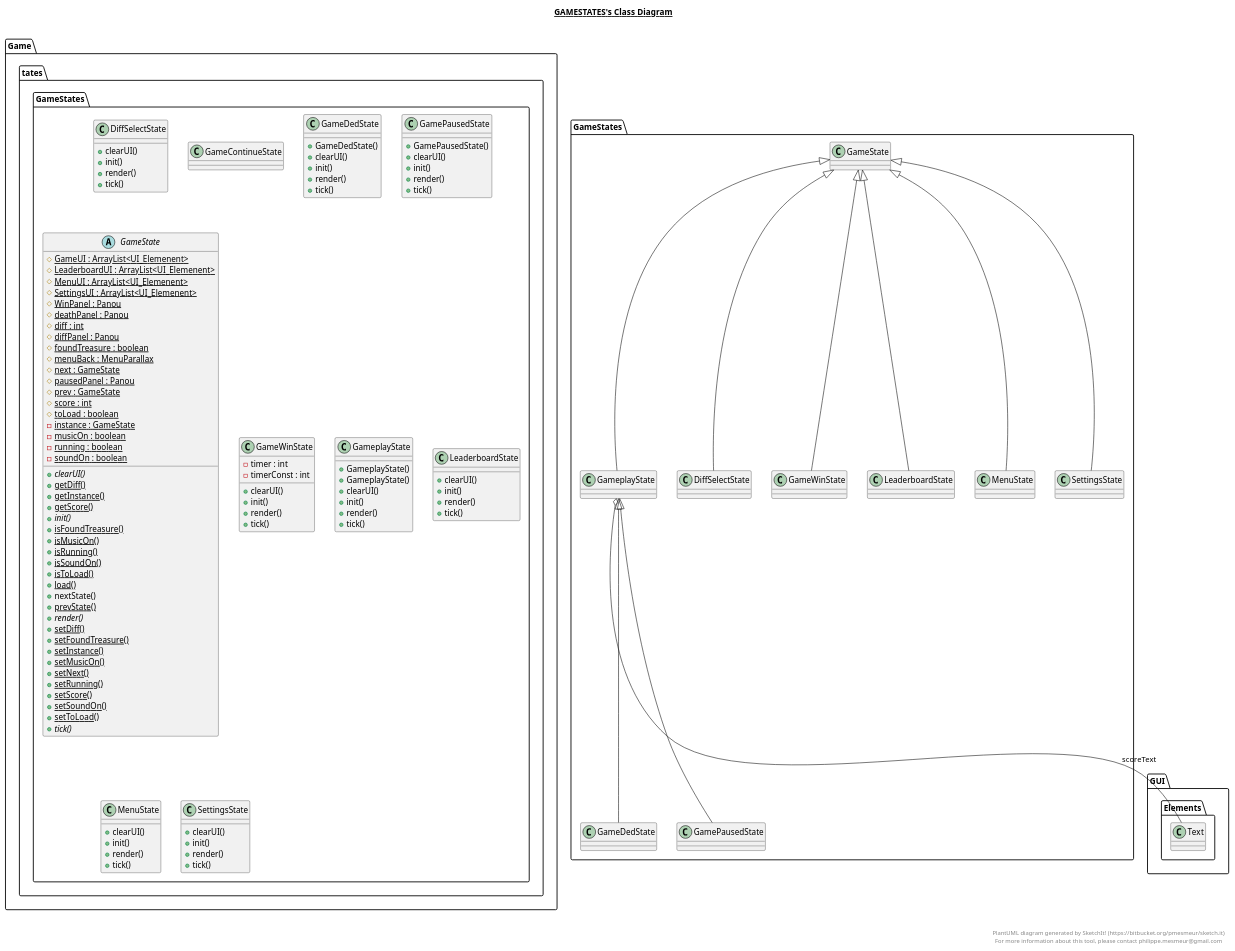
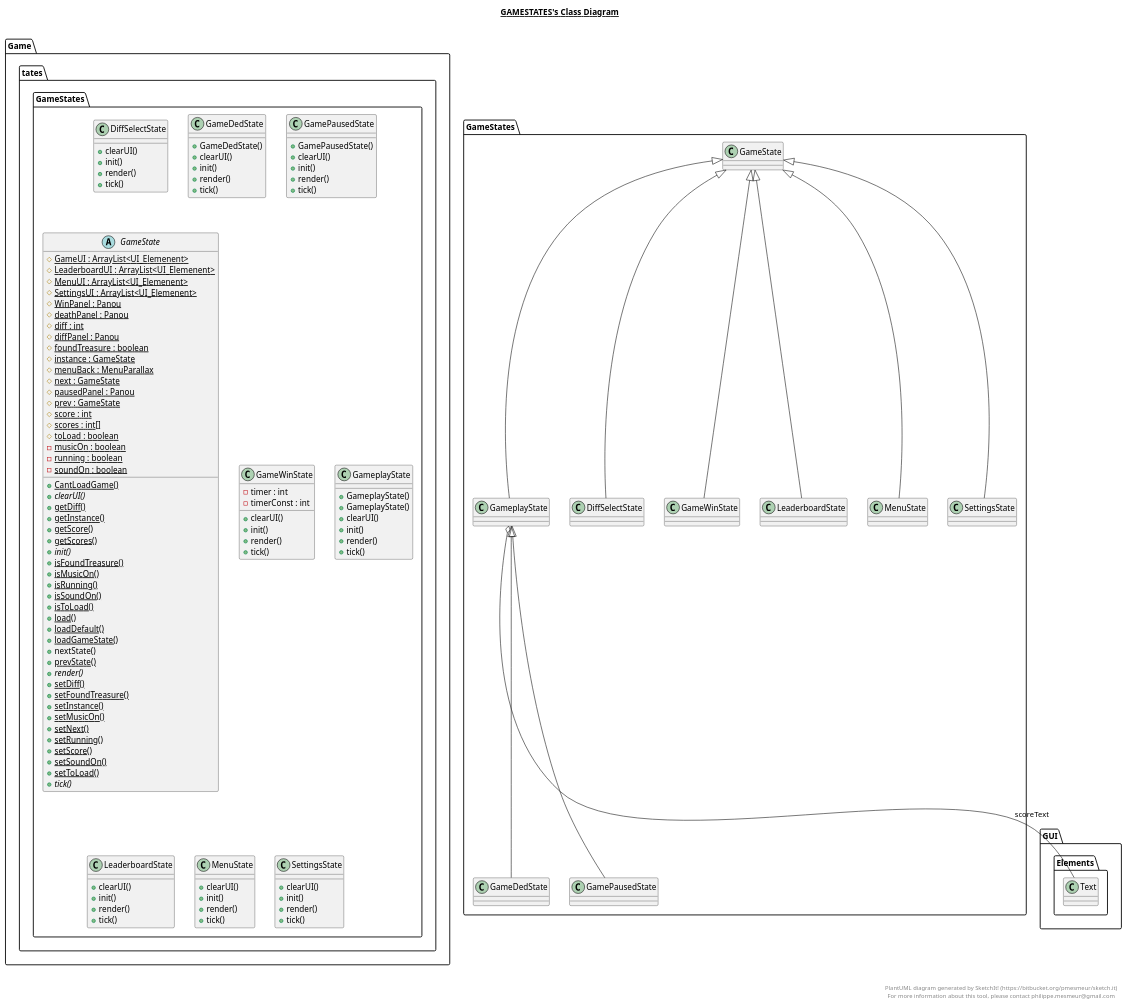
The diagram in src/GameStates/GameStates.plantuml (IulianMurariu-Tanasache/ProiectPAOO_FirstDungeon), drawn with PlantUML before and after one commit. The commit also changed 111 other files, not shown here.

```diff
--- a/src/GameStates/GameStates.plantuml
+++ b/src/GameStates/GameStates.plantuml
@@ -1,184 +1,181 @@
 @startuml
 
 title __GAMESTATES's Class Diagram__\n
 
   namespace Game {
     namespace tates {
       class GameStates.DiffSelectState {
           + clearUI()
           + init()
           + render()
           + tick()
-      }
-    }
-  }
-  
-
-  namespace Game {
-    namespace tates {
-      class GameStates.GameContinueState {
       }
     }
   }
   
 
   namespace Game {
     namespace tates {
       class GameStates.GameDedState {
           + GameDedState()
           + clearUI()
           + init()
           + render()
           + tick()
       }
     }
   }
   
 
   namespace Game {
     namespace tates {
       class GameStates.GamePausedState {
           + GamePausedState()
           + clearUI()
           + init()
           + render()
           + tick()
       }
     }
   }
   
 
   namespace Game {
     namespace tates {
       abstract class GameStates.GameState {
           {static} # GameUI : ArrayList<UI_Elemenent>
           {static} # LeaderboardUI : ArrayList<UI_Elemenent>
           {static} # MenuUI : ArrayList<UI_Elemenent>
           {static} # SettingsUI : ArrayList<UI_Elemenent>
           {static} # WinPanel : Panou
           {static} # deathPanel : Panou
           {static} # diff : int
           {static} # diffPanel : Panou
           {static} # foundTreasure : boolean
+          {static} # instance : GameState
           {static} # menuBack : MenuParallax
           {static} # next : GameState
           {static} # pausedPanel : Panou
           {static} # prev : GameState
           {static} # score : int
+          {static} # scores : int[]
           {static} # toLoad : boolean
-          {static} - instance : GameState
           {static} - musicOn : boolean
           {static} - running : boolean
           {static} - soundOn : boolean
+          {static} + CantLoadGame()
           {abstract} + clearUI()
           {static} + getDiff()
           {static} + getInstance()
           {static} + getScore()
+          {static} + getScores()
           {abstract} + init()
           {static} + isFoundTreasure()
           {static} + isMusicOn()
           {static} + isRunning()
           {static} + isSoundOn()
           {static} + isToLoad()
           {static} + load()
+          {static} + loadDefault()
+          {static} + loadGameState()
           + nextState()
           {static} + prevState()
           {abstract} + render()
           {static} + setDiff()
           {static} + setFoundTreasure()
           {static} + setInstance()
           {static} + setMusicOn()
           {static} + setNext()
           {static} + setRunning()
           {static} + setScore()
           {static} + setSoundOn()
           {static} + setToLoad()
           {abstract} + tick()
       }
     }
   }
   
 
   namespace Game {
     namespace tates {
       class GameStates.GameWinState {
           - timer : int
           - timerConst : int
           + clearUI()
           + init()
           + render()
           + tick()
       }
     }
   }
   
 
   namespace Game {
     namespace tates {
       class GameStates.GameplayState {
           + GameplayState()
           + GameplayState()
           + clearUI()
           + init()
           + render()
           + tick()
       }
     }
   }
   
 
   namespace Game {
     namespace tates {
       class GameStates.LeaderboardState {
           + clearUI()
           + init()
           + render()
           + tick()
       }
     }
   }
   
 
   namespace Game {
     namespace tates {
       class GameStates.MenuState {
           + clearUI()
           + init()
           + render()
           + tick()
       }
     }
   }
   
 
   namespace Game {
     namespace tates {
       class GameStates.SettingsState {
           + clearUI()
           + init()
           + render()
           + tick()
       }
     }
   }
   
 
   GameStates.DiffSelectState -up-|> GameStates.GameState
   GameStates.GameDedState -up-|> GameStates.GameplayState
   GameStates.GamePausedState -up-|> GameStates.GameplayState
   GameStates.GameWinState -up-|> GameStates.GameState
   GameStates.GameplayState -up-|> GameStates.GameState
   GameStates.GameplayState o-- GUI.Elements.Text : scoreText
   GameStates.LeaderboardState -up-|> GameStates.GameState
   GameStates.MenuState -up-|> GameStates.GameState
   GameStates.SettingsState -up-|> GameStates.GameState
 
 
 right footer
 
 
 PlantUML diagram generated by SketchIt! (https://bitbucket.org/pmesmeur/sketch.it)
 For more information about this tool, please contact philippe.mesmeur@gmail.com
 endfooter
 
 @enduml
```
